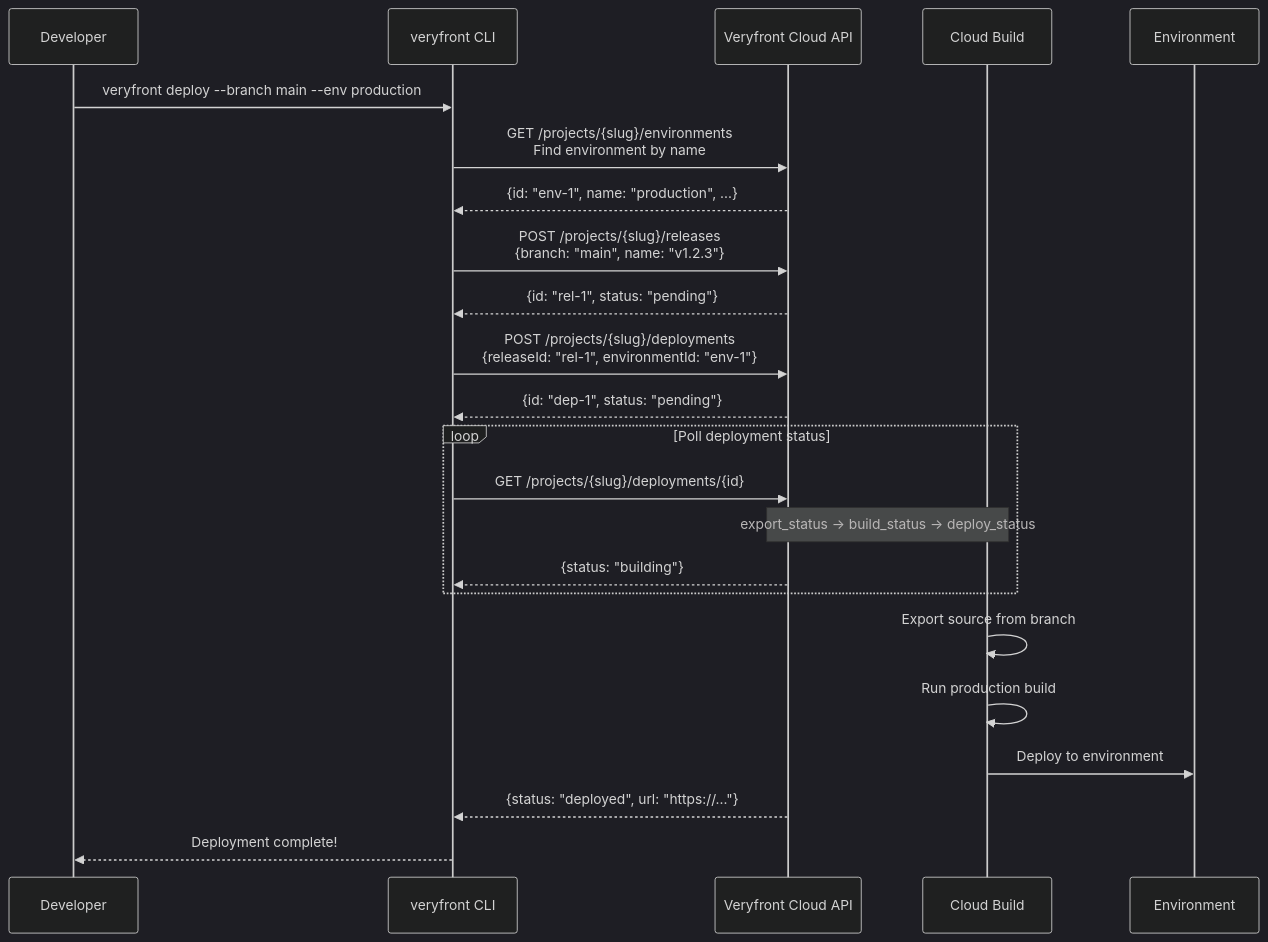
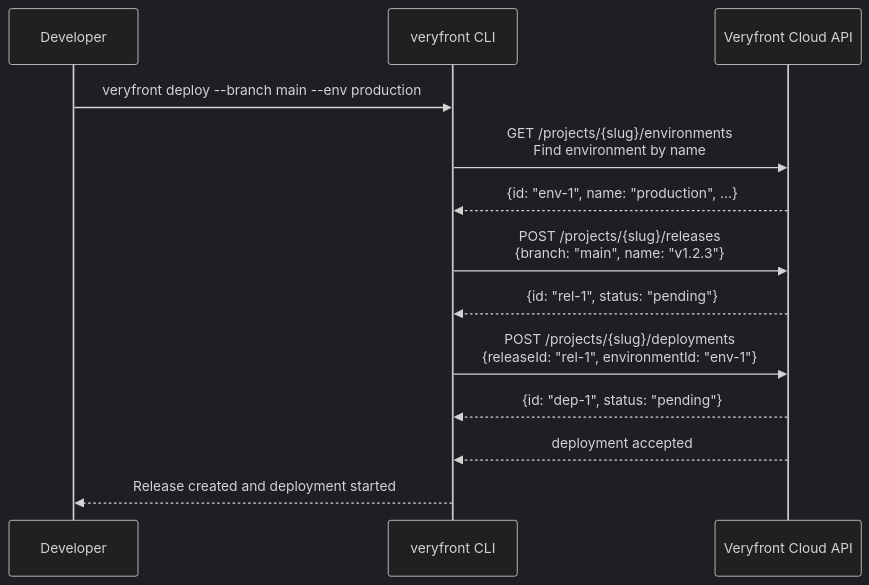
The fifth of 6 diagrams in docs/architecture/05-deployment-platform.md (veryfront/veryfront-code), drawn with Mermaid (dark theme) before and after one commit. The commit also changed other lines of this file and 28 other files, not shown here.

````diff
--- a/docs/architecture/05-deployment-platform.md
+++ b/docs/architecture/05-deployment-platform.md
@@ -317,32 +319,19 @@
 ```mermaid
 sequenceDiagram
     participant Dev as Developer
     participant CLI as veryfront CLI
     participant API as Veryfront Cloud API
-    participant Build as Cloud Build
-    participant Env as Environment
 
     Dev->>CLI: veryfront deploy --branch main --env production
 
     CLI->>API: GET /projects/{slug}/environments<br/>Find environment by name
     API-->>CLI: {id: "env-1", name: "production", ...}
 
     CLI->>API: POST /projects/{slug}/releases<br/>{branch: "main", name: "v1.2.3"}
     API-->>CLI: {id: "rel-1", status: "pending"}
 
     CLI->>API: POST /projects/{slug}/deployments<br/>{releaseId: "rel-1", environmentId: "env-1"}
     API-->>CLI: {id: "dep-1", status: "pending"}
-
-    loop Poll deployment status
-        CLI->>API: GET /projects/{slug}/deployments/{id}
-        Note over API,Build: export_status → build_status → deploy_status
-        API-->>CLI: {status: "building"}
-    end
-
-    Build->>Build: Export source from branch
-    Build->>Build: Run production build
-    Build->>Env: Deploy to environment
-
-    API-->>CLI: {status: "deployed", url: "https://..."}
-    CLI-->>Dev: Deployment complete!
+    API-->>CLI: deployment accepted
+    CLI-->>Dev: Release created and deployment started
 ```
````
